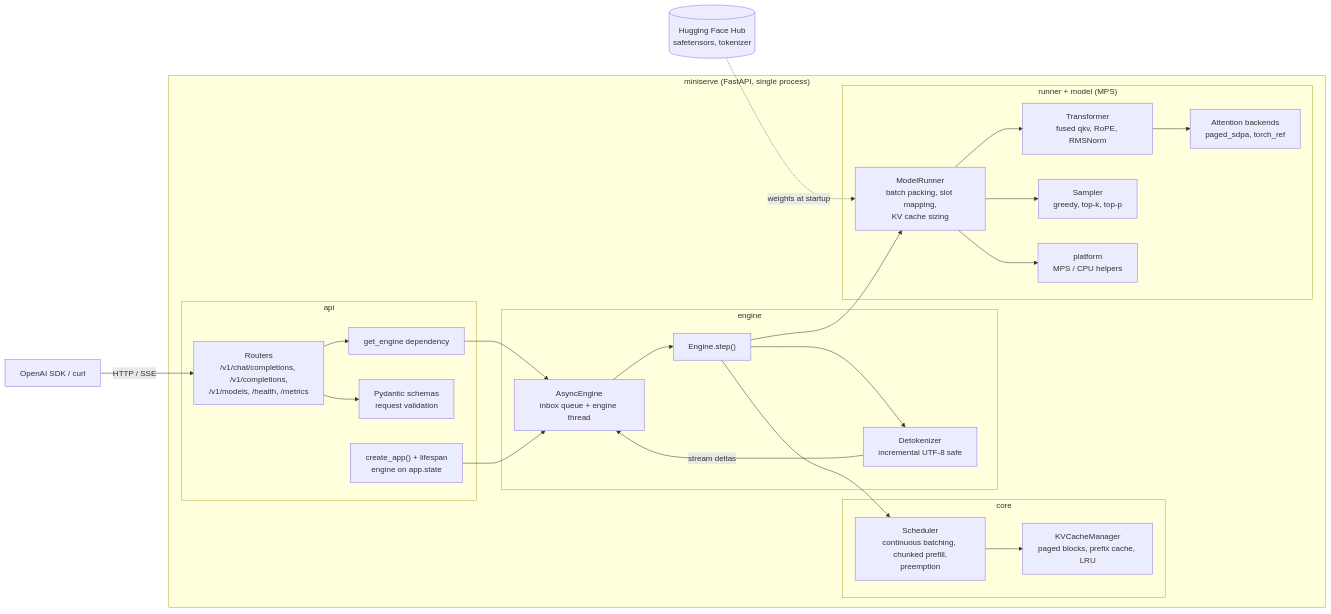
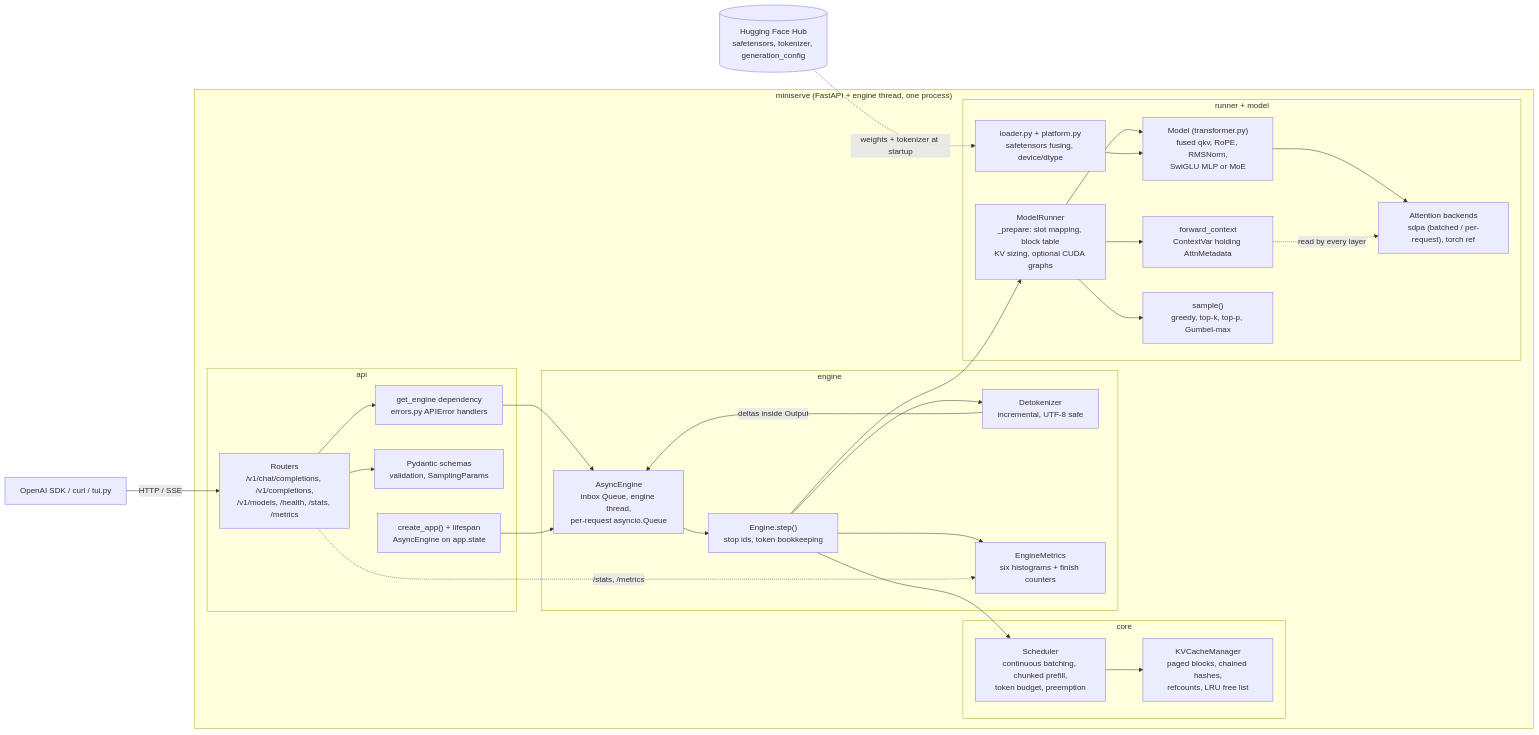
One commit to sagnikc395/miniserve changed the first of 4 diagrams in README.md. Above: the diagram before and after it, drawn with Mermaid. The commit also changed other lines of this file, not shown here.

Commit message:
docs: fixed architecture

````diff
--- a/README.md
+++ b/README.md
@@ -248,47 +254,54 @@
 ```mermaid
 flowchart LR
-    client["OpenAI SDK / curl"]
+    client["OpenAI SDK / curl / tui.py"]
 
-    subgraph server["miniserve (FastAPI, single process)"]
+    subgraph server["miniserve (FastAPI + engine thread, one process)"]
         subgraph apilayer["api"]
-            app["create_app() + lifespan<br/>engine on app.state"]
-            routers["Routers<br/>/v1/chat/completions, /v1/completions,<br/>/v1/models, /health, /metrics"]
-            schemas["Pydantic schemas<br/>request validation"]
-            deps["get_engine dependency"]
+            app["create_app() + lifespan<br/>AsyncEngine on app.state"]
+            routers["Routers<br/>/v1/chat/completions, /v1/completions,<br/>/v1/models, /health, /stats, /metrics"]
+            schemas["Pydantic schemas<br/>validation, SamplingParams"]
+            deps["get_engine dependency<br/>errors.py APIError handlers"]
         end
 
         subgraph enginelayer["engine"]
-            aeng["AsyncEngine<br/>inbox queue + engine thread"]
-            eng["Engine.step()"]
-            detok["Detokenizer<br/>incremental UTF-8 safe"]
+            aeng["AsyncEngine<br/>inbox Queue, engine thread,<br/>per-request asyncio.Queue"]
+            eng["Engine.step()<br/>stop ids, token bookkeeping"]
+            detok["Detokenizer<br/>incremental, UTF-8 safe"]
+            met["EngineMetrics<br/>six histograms + finish counters"]
         end
 
         subgraph corelayer["core"]
-            sched["Scheduler<br/>continuous batching, chunked prefill,<br/>preemption"]
-            kv["KVCacheManager<br/>paged blocks, prefix cache, LRU"]
+            sched["Scheduler<br/>continuous batching, chunked prefill,<br/>token budget, preemption"]
+            kv["KVCacheManager<br/>paged blocks, chained hashes,<br/>refcounts, LRU free list"]
         end
 
-        subgraph runtime["runner + model (MPS)"]
-            runner["ModelRunner<br/>batch packing, slot mapping,<br/>KV cache sizing"]
-            model["Transformer<br/>fused qkv, RoPE, RMSNorm"]
-            attn["Attention backends<br/>paged_sdpa, torch_ref"]
-            samp["Sampler<br/>greedy, top-k, top-p"]
-            plat["platform<br/>MPS / CPU helpers"]
+        subgraph runtime["runner + model"]
+            runner["ModelRunner<br/>_prepare: slot mapping, block table<br/>KV sizing, optional CUDA graphs"]
+            fctx["forward_context<br/>ContextVar holding AttnMetadata"]
+            model["Model (transformer.py)<br/>fused qkv, RoPE, RMSNorm,<br/>SwiGLU MLP or MoE"]
+            attn["Attention backends<br/>sdpa (batched / per-request), torch ref"]
+            samp["sample()<br/>greedy, top-k, top-p, Gumbel-max"]
+            loader["loader.py + platform.py<br/>safetensors fusing, device/dtype"]
         end
     end
 
-    hf[("Hugging Face Hub<br/>safetensors, tokenizer")]
+    hf[("Hugging Face Hub<br/>safetensors, tokenizer, generation_config")]
 
     client -->|"HTTP / SSE"| routers
     routers --> schemas
     routers --> deps --> aeng
     app --> aeng
     aeng --> eng
     eng --> sched --> kv
-    eng --> runner --> model --> attn
+    eng --> runner
+    runner --> fctx
+    runner --> model --> attn
+    fctx -.->|"read by every layer"| attn
     runner --> samp
-    runner --> plat
     eng --> detok
-    detok -->|"stream deltas"| aeng
-    hf -.->|"weights at startup"| runner
+    eng --> met
+    routers -.->|"/stats, /metrics"| met
+    detok -->|"deltas inside Output"| aeng
+    loader --> model
+    hf -.->|"weights + tokenizer at startup"| loader
 ```
````
